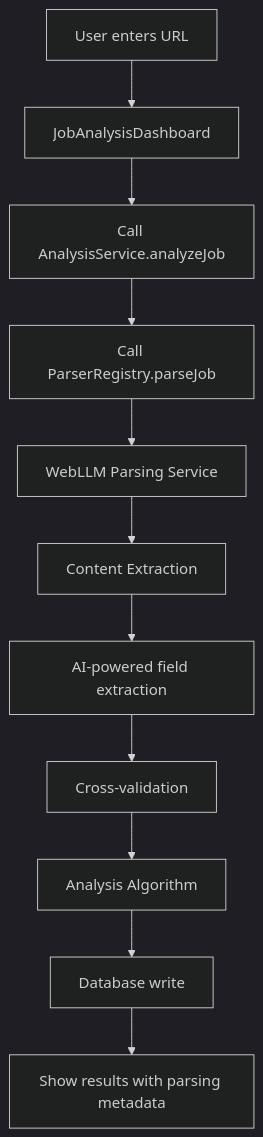
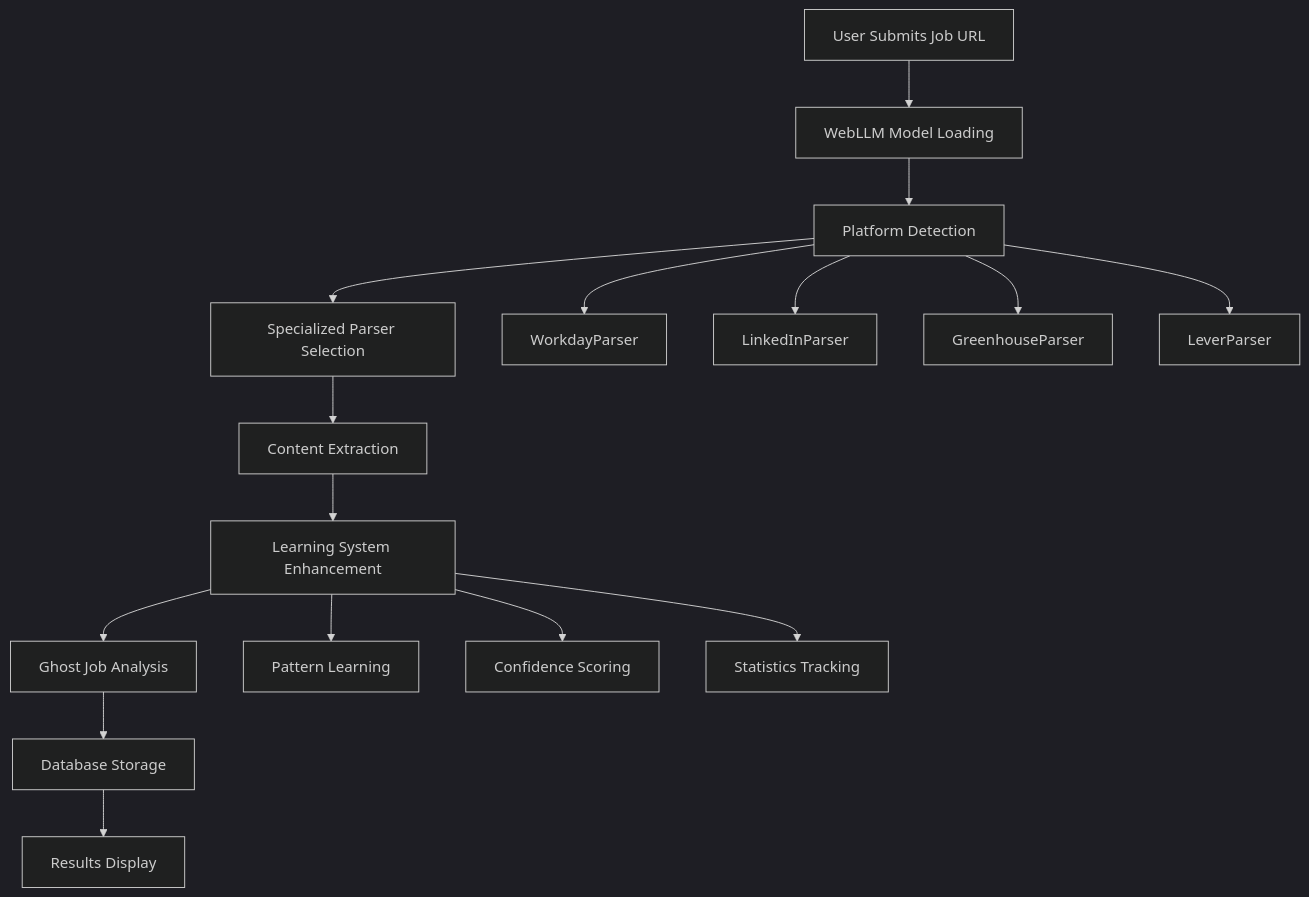
Before and after one commit to bmccall17/Ghost-Job-Detector: the diagram in docs/CURRENT_IMPLEMENTATION_PARSING.md, drawn with Mermaid (dark theme). The commit also changed other lines of this file and 4 other files, not shown here.

First line of the commit message:
Documentation Review Complete: WebLLM v0.1.8 Updates

````diff
--- a/docs/CURRENT_IMPLEMENTATION_PARSING.md
+++ b/docs/CURRENT_IMPLEMENTATION_PARSING.md
@@ -79,13 +41,20 @@
 ```mermaid
 graph TD
-    A[User enters URL] --> B[JobAnalysisDashboard]
-    B --> C[Call AnalysisService.analyzeJob]
-    C --> D[Call ParserRegistry.parseJob]
-    D --> E[WebLLM Parsing Service]
-    E --> F[Content Extraction]
-    F --> G[AI-powered field extraction]
-    G --> H[Cross-validation]
-    H --> I[Analysis Algorithm]
-    I --> J[Database write]
-    J --> K[Show results with parsing metadata]
+    A[User Submits Job URL] --> B[WebLLM Model Loading]
+    B --> C[Platform Detection]
+    C --> D[Specialized Parser Selection]
+    D --> E[Content Extraction]
+    E --> F[Learning System Enhancement]
+    F --> G[Ghost Job Analysis]
+    G --> H[Database Storage]
+    H --> I[Results Display]
+    
+    C --> C1[WorkdayParser]
+    C --> C2[LinkedInParser]
+    C --> C3[GreenhouseParser]
+    C --> C4[LeverParser]
+    
+    F --> F1[Pattern Learning]
+    F --> F2[Confidence Scoring]
+    F --> F3[Statistics Tracking]
 ```
````
